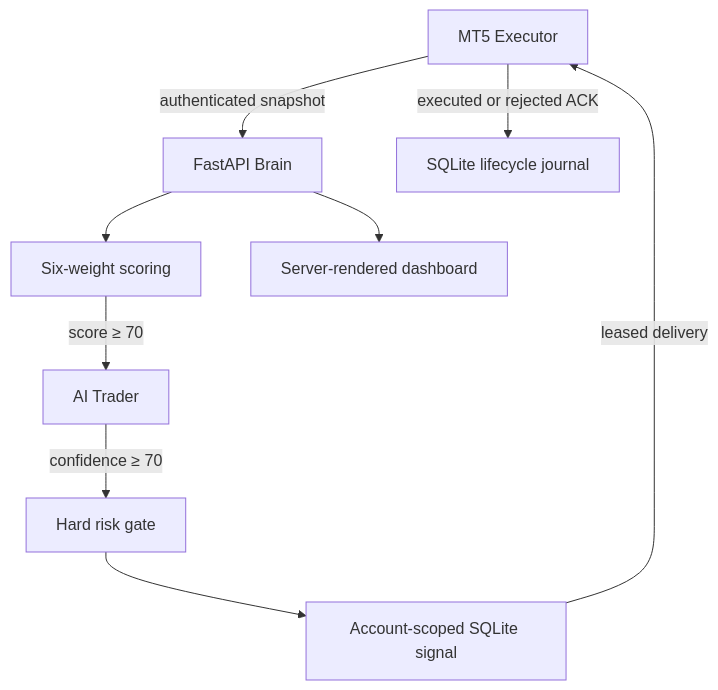
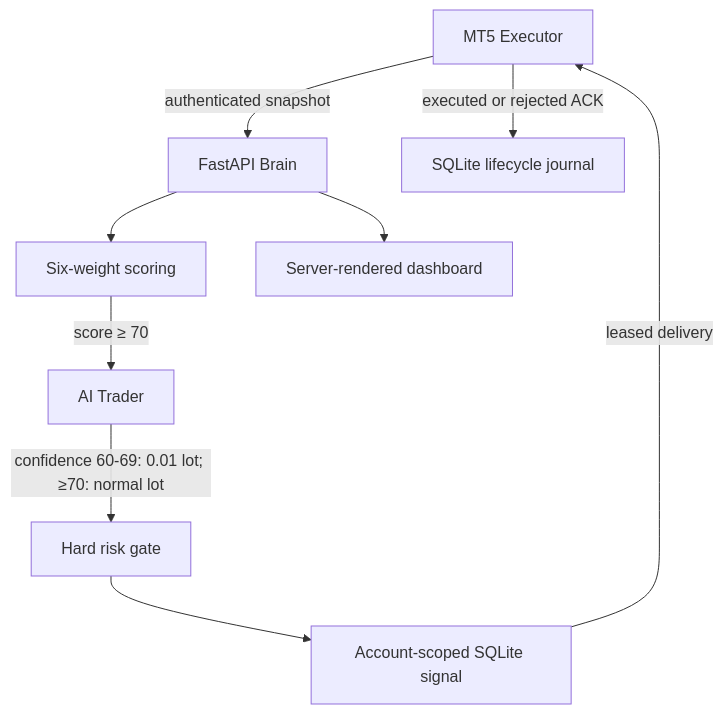
One commit to albifardzan-eng/riri changed the diagram in docs/architecture.md. Above: the diagram before and after it, drawn with Mermaid. The commit also changed other lines of this file and 25 other files, not shown here.

Commit message:
feat: tier AI confidence risk and restore dashboard

````diff
--- a/docs/architecture.md
+++ b/docs/architecture.md
@@ -3,11 +3,11 @@
 ```mermaid
 flowchart TD
     MT5["MT5 Executor"] -->|authenticated snapshot| API["FastAPI Brain"]
     API --> SCORE["Six-weight scoring"]
     SCORE -->|score ≥ 70| AI["AI Trader"]
-    AI -->|confidence ≥ 70| RISK["Hard risk gate"]
+    AI -->|confidence 60-69: 0.01 lot; ≥70: normal lot| RISK["Hard risk gate"]
     RISK --> QUEUE["Account-scoped SQLite signal"]
     QUEUE -->|leased delivery| MT5
     MT5 -->|executed or rejected ACK| JOURNAL["SQLite lifecycle journal"]
     API --> DASH["Server-rendered dashboard"]
 ```
````
